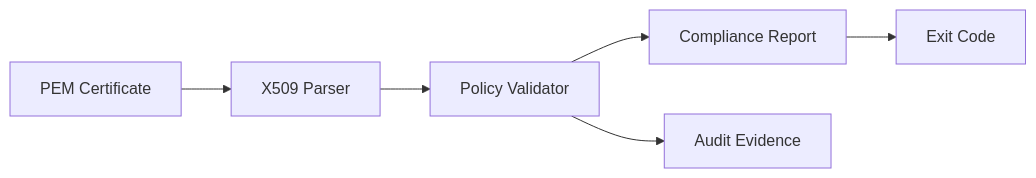
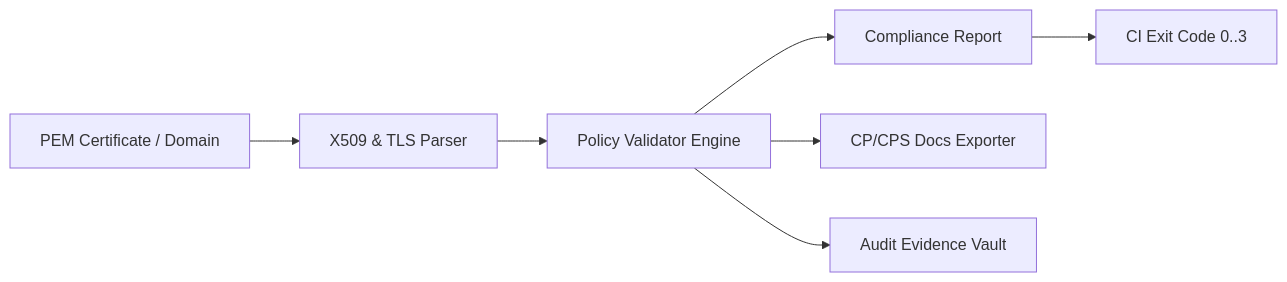
The diagram in README.md (actions-marketplace-validations/thulisa-n_pki-compliance-gate), drawn with Mermaid before and after one commit. The commit also changed other lines of this file, not shown here.

Commit message:
docs: Update README.md to reflect GitHub Action v1, PyPI package, and Single Source of Truth exporter

````diff
--- a/README.md
+++ b/README.md
@@ -27,8 +59,9 @@
 ```mermaid
 flowchart LR
-    A[PEM Certificate] --> B[X509 Parser]
-    B --> C[Policy Validator]
+    A[PEM Certificate / Domain] --> B[X509 & TLS Parser]
+    B --> C[Policy Validator Engine]
     C --> D[Compliance Report]
-    C --> E[Audit Evidence]
-    D --> F[Exit Code]
+    C --> E[CP/CPS Docs Exporter]
+    C --> F[Audit Evidence Vault]
+    D --> G[CI Exit Code 0..3]
 ```
````
